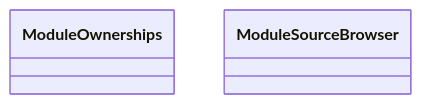
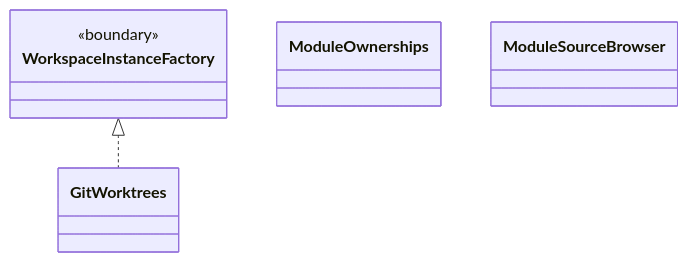
One commit to nan023062/cbim changed the second of 2 diagrams in src/logic/workspace/service/ARCHITECTURE.md. Above: the diagram before and after it, drawn with Mermaid. The commit also changed other lines of this file and 480 other files, not shown here.

````diff
--- a/src/logic/workspace/service/ARCHITECTURE.md
+++ b/src/logic/workspace/service/ARCHITECTURE.md
@@ -54,7 +55,14 @@
 ```mermaid
 classDiagram
+class N_a73d4e4a3eb4["GitWorktrees"]
+click N_a73d4e4a3eb4 href "git-worktrees.ts"
+class N_c26b7944d23b["WorkspaceInstanceFactory"] {
+  <<boundary>>
+}
+click N_c26b7944d23b href "../../../framework/business/workspace-instance.ts"
 class N_5aa3c68b6802["ModuleOwnerships"]
 click N_5aa3c68b6802 href "module-ownerships.ts"
 class N_dd18ab6fca43["ModuleSourceBrowser"]
 click N_dd18ab6fca43 href "source-browser.ts"
+N_c26b7944d23b <|.. N_a73d4e4a3eb4
 ```
````
